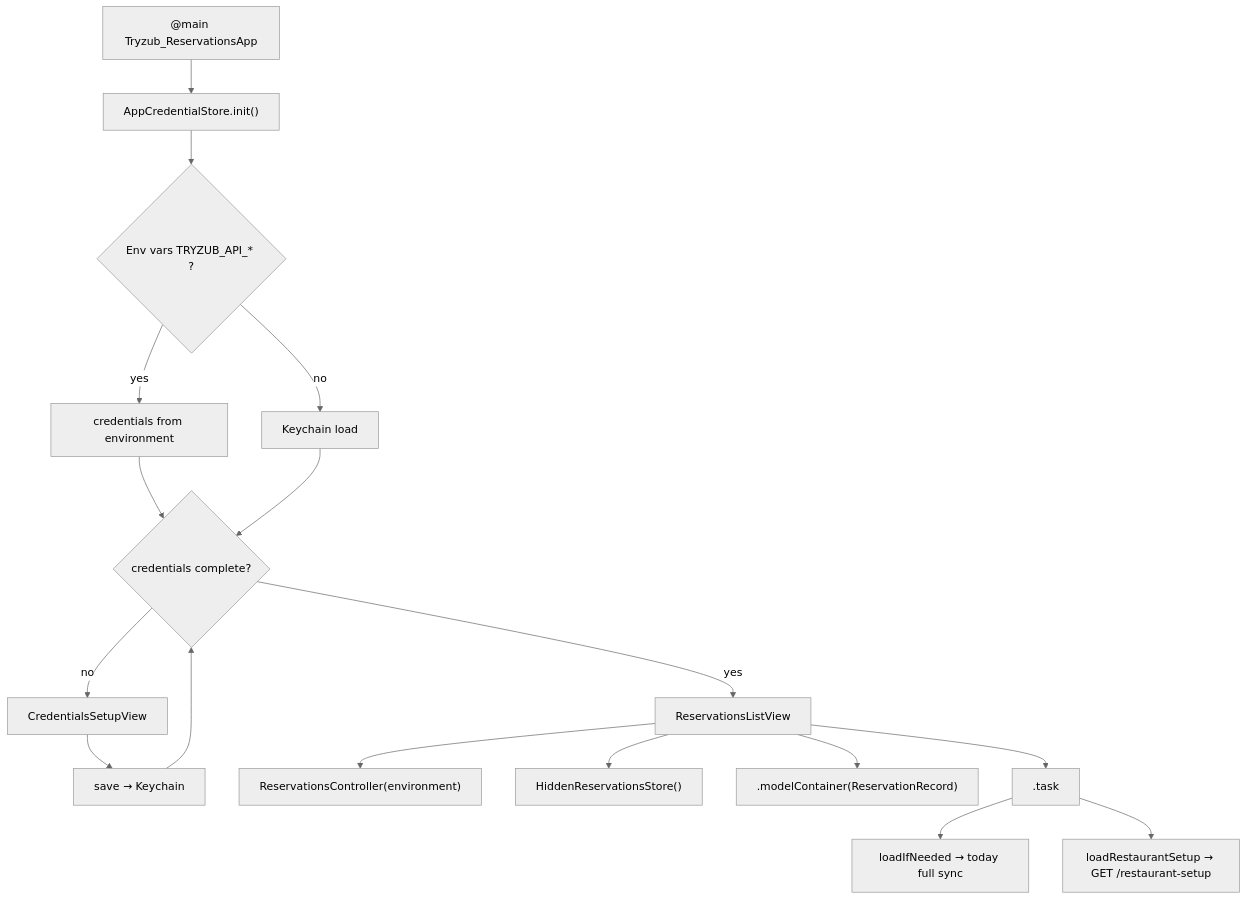
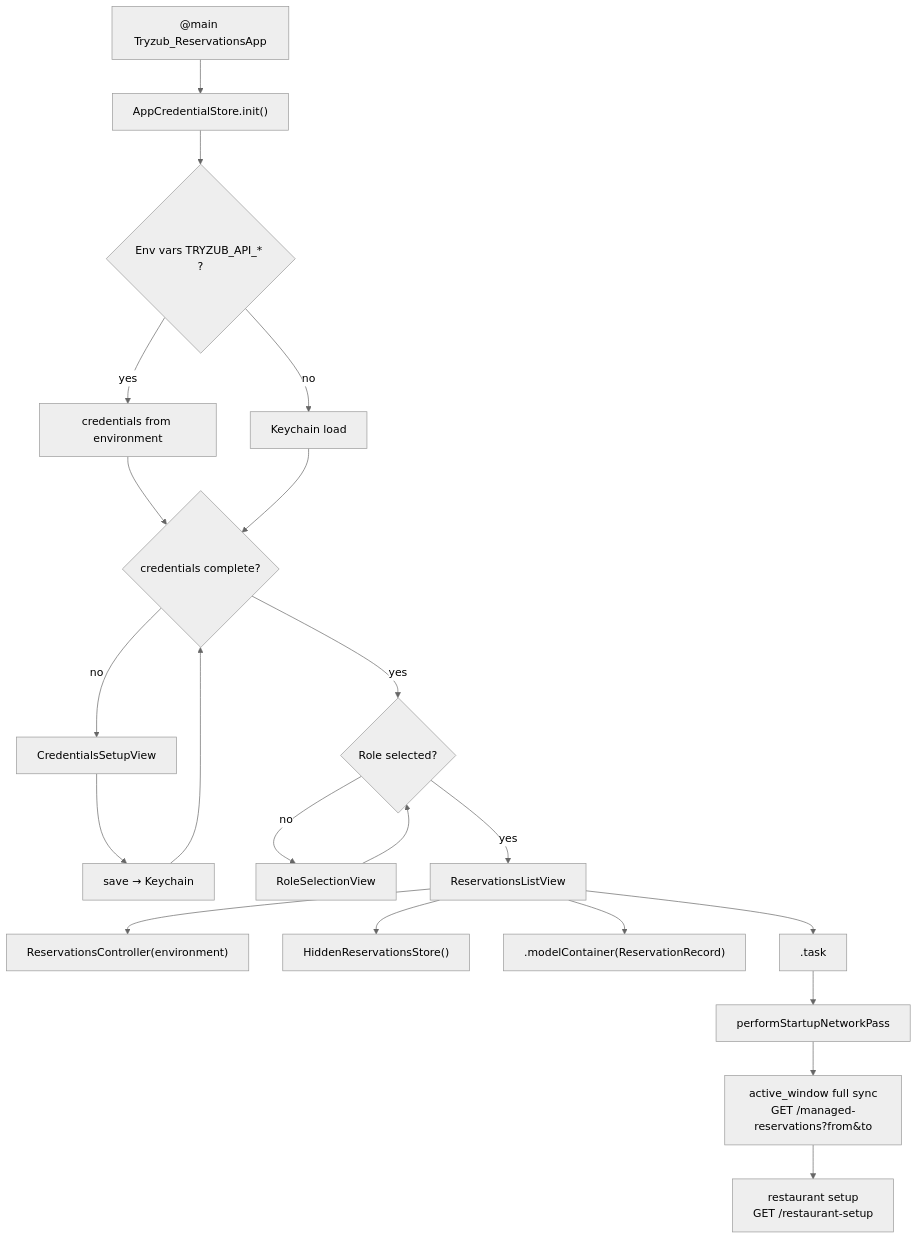
One commit to bohdan462/Reservation-iOS-App changed the second of 11 diagrams in ARCHITECTURE_DIAGRAMS.md. Above: the diagram before and after it, drawn with Mermaid (neutral theme). The commit also changed other lines of this file and 3 other files, not shown here.

````diff
--- a/ARCHITECTURE_DIAGRAMS.md
+++ b/ARCHITECTURE_DIAGRAMS.md
@@ -74,19 +77,23 @@
 ```mermaid
 flowchart TD
     A["@main Tryzub_ReservationsApp"] --> B["AppCredentialStore.init()"]
     B --> C{Env vars TRYZUB_API_* ?}
     C -->|yes| D["credentials from environment"]
     C -->|no| E["Keychain load"]
     D --> F{credentials complete?}
     E --> F
     F -->|no| G["CredentialsSetupView"]
     G --> H["save → Keychain"]
     H --> F
-    F -->|yes| I["ReservationsListView"]
+    F -->|yes| Role{Role selected?}
+    Role -->|no| R["RoleSelectionView"]
+    R --> Role
+    Role -->|yes| I["ReservationsListView"]
     I --> J["ReservationsController(environment)"]
     I --> K["HiddenReservationsStore()"]
     I --> L[".modelContainer(ReservationRecord)"]
     I --> M[".task"]
-    M --> N["loadIfNeeded → today full sync"]
-    M --> O["loadRestaurantSetup → GET /restaurant-setup"]
+    M --> N["performStartupNetworkPass"]
+    N --> O["active_window full sync<br/>GET /managed-reservations?from&to"]
+    O --> P["restaurant setup<br/>GET /restaurant-setup"]
 ```
````
